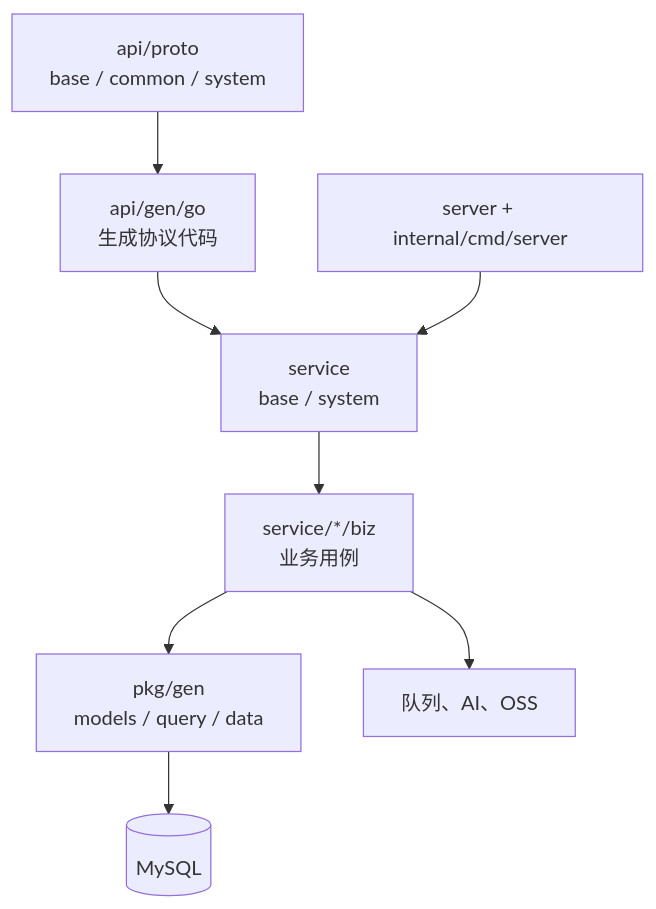
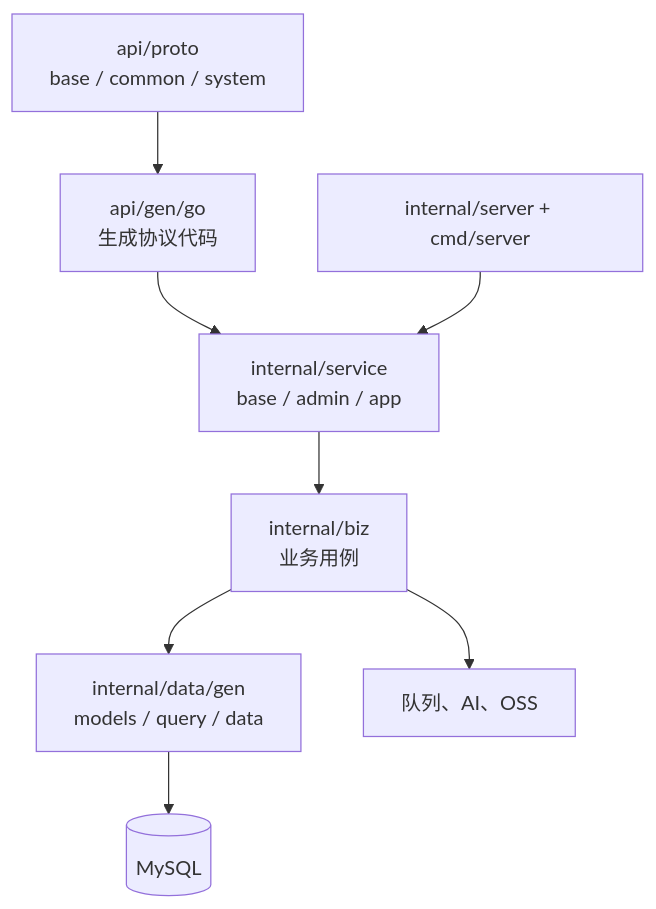
The first of 2 diagrams in docs/后端服务设计.md (liujitcn/kratos-admin), drawn with Mermaid before and after one commit. The commit also changed other lines of this file and 472 other files, not shown here.

````diff
--- a/docs/后端服务设计.md
+++ b/docs/后端服务设计.md
@@ -9,10 +9,10 @@
 ```mermaid
 flowchart TB
   Proto["api/proto\nbase / common / system"] --> Gen["api/gen/go\n生成协议代码"]
-  Gen --> Service["service\nbase / system"]
-  Service --> Biz["service/*/biz\n业务用例"]
-  Biz --> Query["pkg/gen\nmodels / query / data"]
+  Gen --> Service["internal/service\nbase / admin / app"]
+  Service --> Biz["internal/biz\n业务用例"]
+  Biz --> Query["internal/data/gen\nmodels / query / data"]
   Query --> DB[("MySQL")]
   Biz --> Integrations["队列、AI、OSS"]
-  Server["server + internal/cmd/server"] --> Service
+  Server["internal/server + cmd/server"] --> Service
 ```
````
